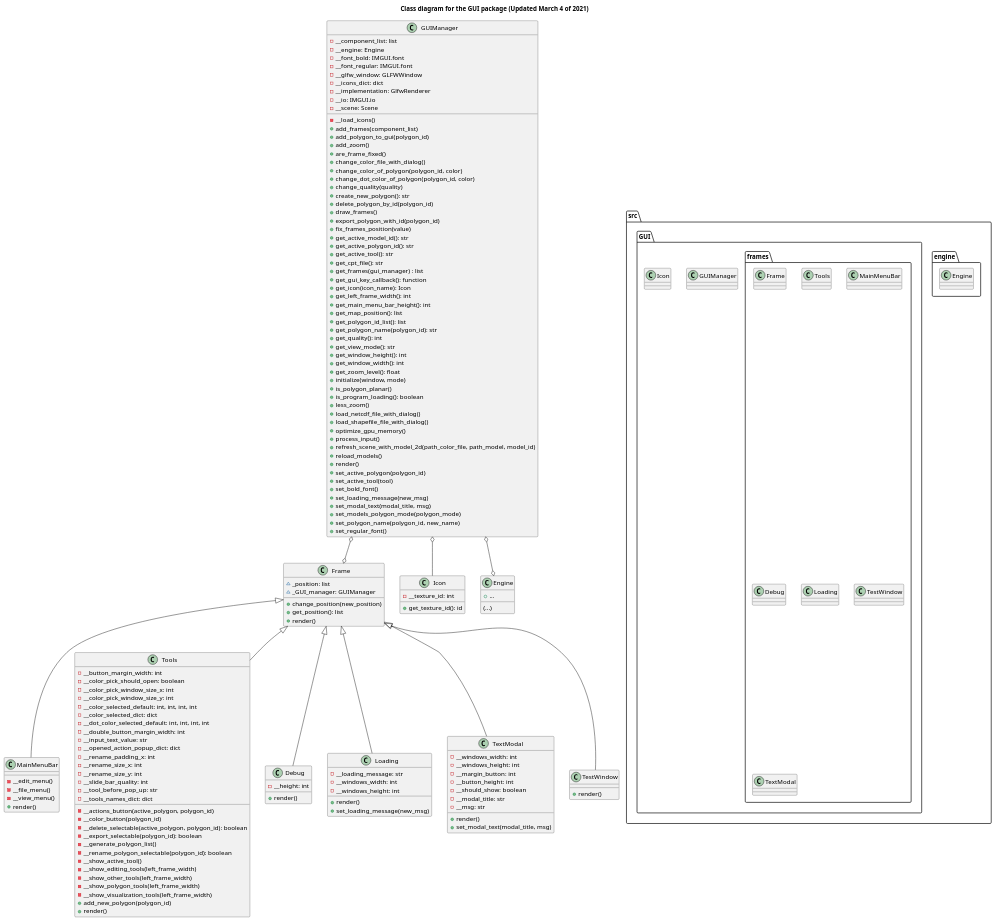
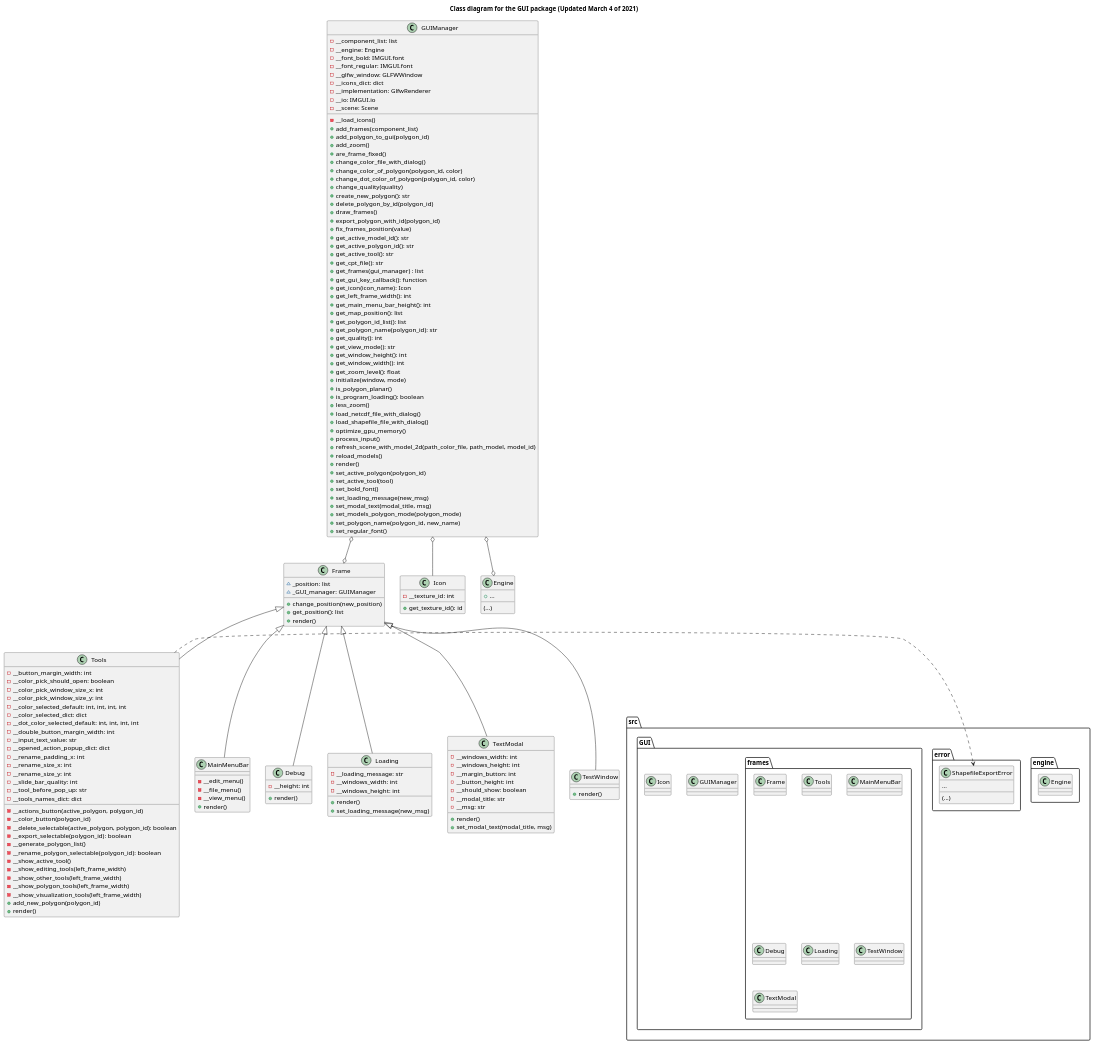
Before and after one commit to ferpoble2/Relief_Creator: the diagram in docs/gui_package.puml, drawn with PlantUML.

Commit message:
modified diagram

```diff
--- a/docs/gui_package.puml
+++ b/docs/gui_package.puml
@@ -7,6 +7,13 @@
 
     package engine {
         class Engine
+    }
+
+    package error {
+        class ShapefileExportError {
+            ...
+            (...)
+        }
     }
 
     package GUI{
@@ -192,4 +199,6 @@
 GUIManager o--o Frame
 GUIManager o--o Engine
 
+Tools .> ShapefileExportError
+
 @enduml
```
